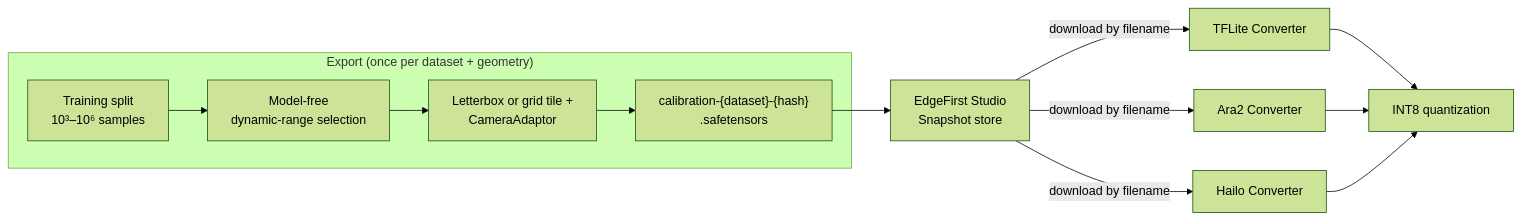
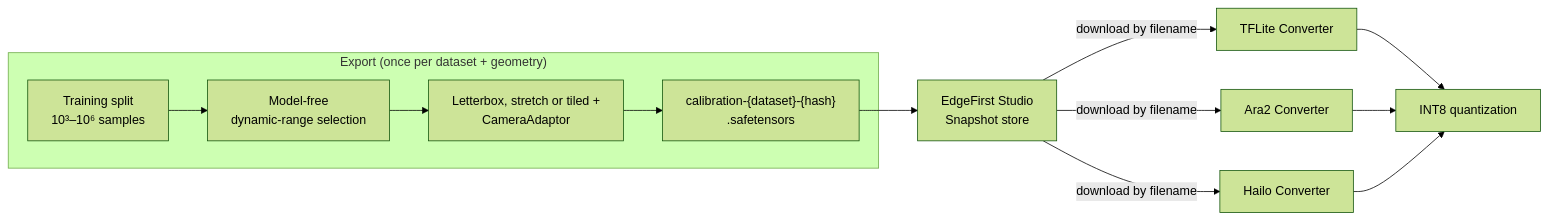
One commit to EdgeFirstAI/documentation changed the diagram in docs/models/conversion/calibration.md. Above: the diagram before and after it, drawn with Mermaid (forest theme). The commit also changed other lines of this file and 1 other file, not shown here.

First line of the commit message:
docs(models): name tiled calibration snapshots and allow stretch

````diff
--- a/docs/models/conversion/calibration.md
+++ b/docs/models/conversion/calibration.md
@@ -48,13 +48,13 @@
 ```mermaid
 flowchart LR
     subgraph Train["Export (once per dataset + geometry)"]
         Pool["Training split<br/>10³–10⁶ samples"] --> Select["Model-free<br/>dynamic-range selection"]
-        Select --> Pre["Letterbox or grid tile +<br/>CameraAdaptor"]
+        Select --> Pre["Letterbox, stretch or tiled +<br/>CameraAdaptor"]
         Pre --> Snap["calibration-{dataset}-{hash}<br/>.safetensors"]
     end
     Snap --> Store["EdgeFirst Studio<br/>Snapshot store"]
     Store -->|"download by filename"| C1["TFLite Converter"]
     Store -->|"download by filename"| C2["Ara2 Converter"]
     Store -->|"download by filename"| C3["Hailo Converter"]
     C1 & C2 & C3 --> Q["INT8 quantization"]
 ```
````
